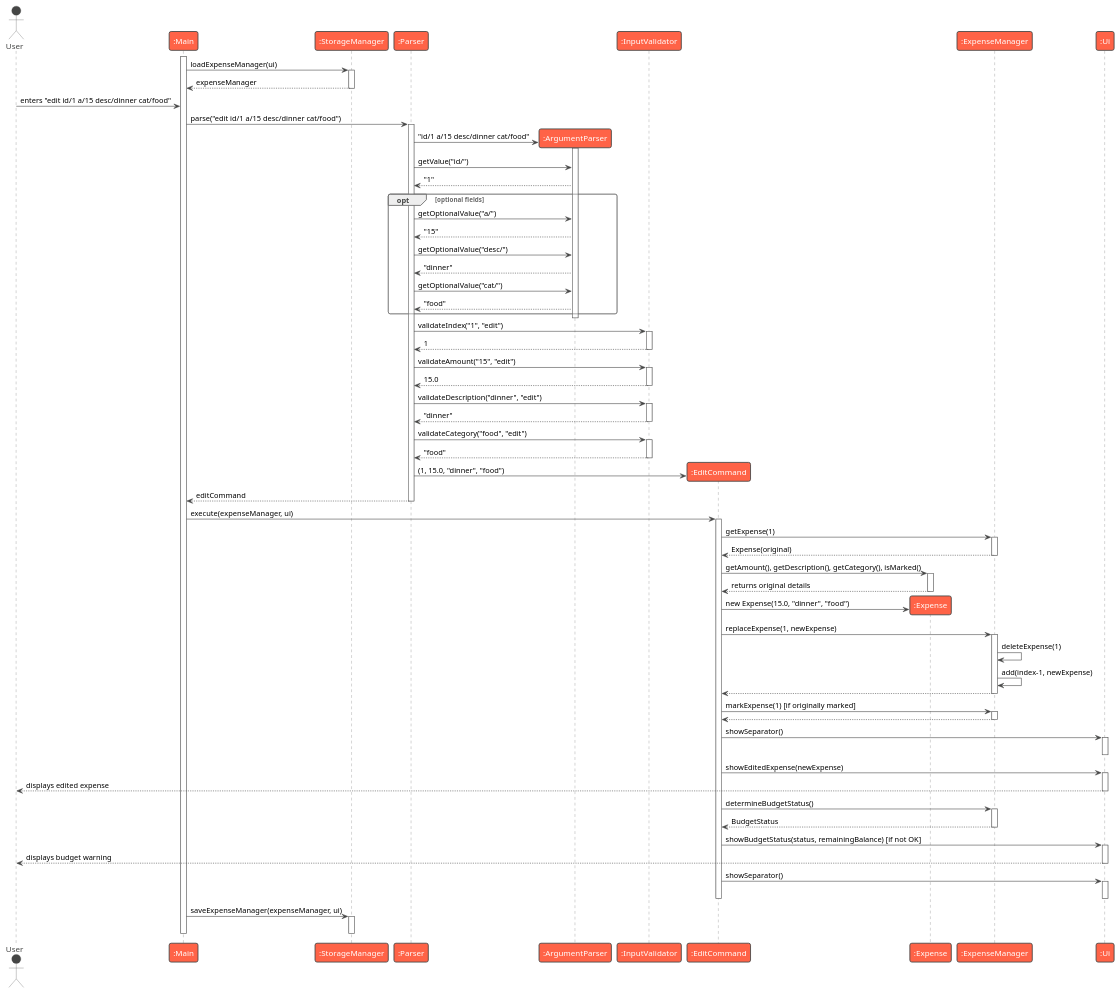
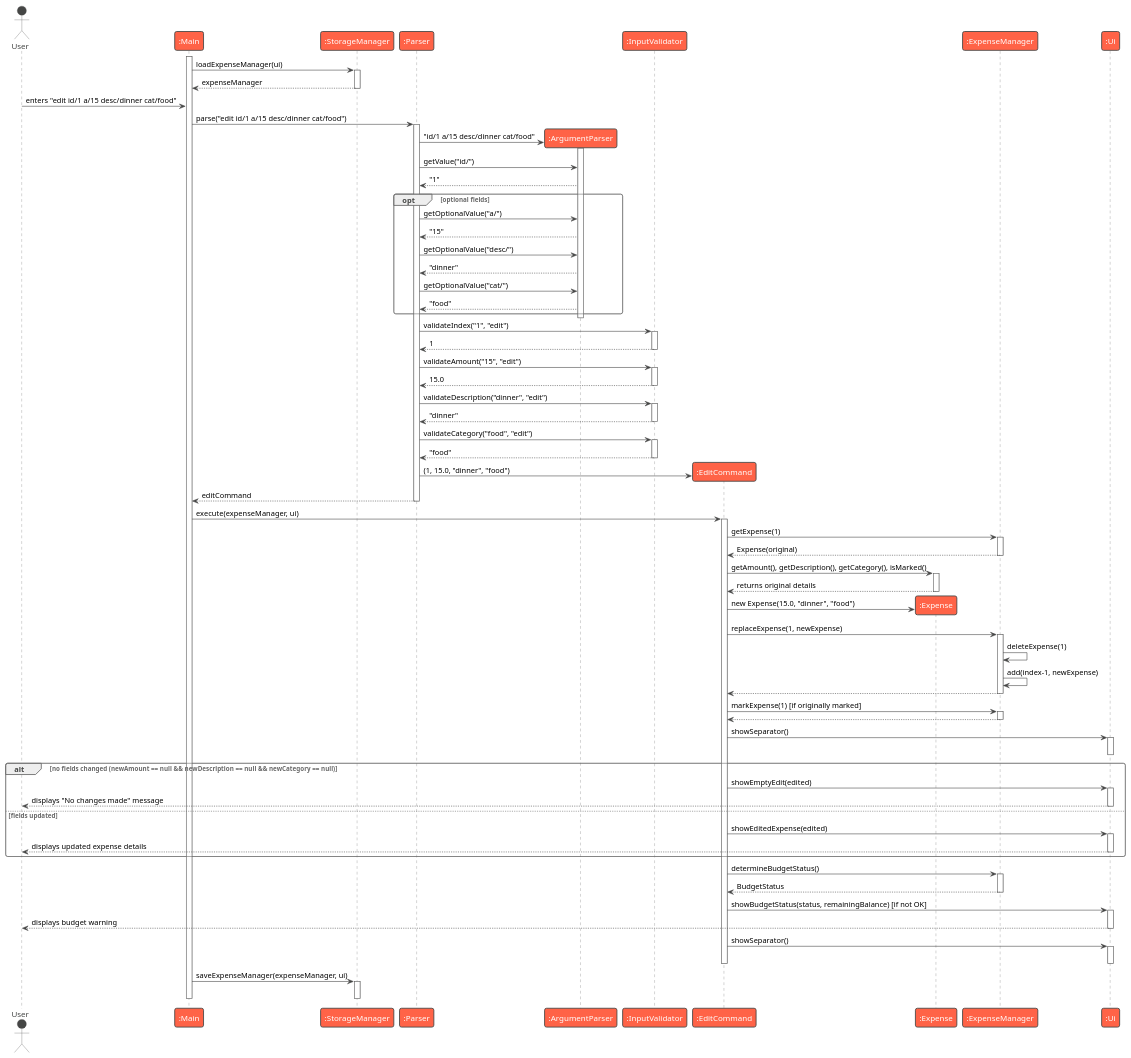
Before and after one commit to aydrienlaw/tp: the diagram in docs/diagrams/edit-sequence.puml, drawn with PlantUML.

Commit message:
docs: update sequence diagram for edit feature

```diff
--- a/docs/diagrams/edit-sequence.puml
+++ b/docs/diagrams/edit-sequence.puml
@@ -1,126 +1,133 @@
 @startuml
 !theme vibrant
 actor User
 participant ":Main" as Main
 participant ":StorageManager" as StorageManager
 participant ":Parser" as Parser
 participant ":ArgumentParser" as ArgumentParser
 participant ":InputValidator" as InputValidator
 participant ":EditCommand" as EditCommand
 participant ":Expense" as Expense
 participant ":ExpenseManager" as ExpenseManager
 participant ":Ui" as Ui
 
 activate Main
 Main -> StorageManager : loadExpenseManager(ui)
 activate StorageManager
 StorageManager --> Main : expenseManager
 deactivate StorageManager
 
 User -> Main : enters "edit id/1 a/15 desc/dinner cat/food"
 
 Main -> Parser : parse("edit id/1 a/15 desc/dinner cat/food")
 activate Parser
 
 create ArgumentParser
 Parser -> ArgumentParser : "id/1 a/15 desc/dinner cat/food"
 activate ArgumentParser
 Parser -> ArgumentParser : getValue("id/")
 ArgumentParser --> Parser : "1"
 
 opt optional fields
     Parser -> ArgumentParser : getOptionalValue("a/")
     ArgumentParser --> Parser : "15"
 
     Parser -> ArgumentParser : getOptionalValue("desc/")
     ArgumentParser --> Parser : "dinner"
 
     Parser -> ArgumentParser : getOptionalValue("cat/")
     ArgumentParser --> Parser : "food"
 end
 deactivate ArgumentParser
 
 Parser -> InputValidator : validateIndex("1", "edit")
 activate InputValidator
 InputValidator --> Parser : 1
 deactivate InputValidator
 
 Parser -> InputValidator : validateAmount("15", "edit")
 activate InputValidator
 InputValidator --> Parser : 15.0
 deactivate InputValidator
 
 Parser -> InputValidator : validateDescription("dinner", "edit")
 activate InputValidator
 InputValidator --> Parser : "dinner"
 deactivate InputValidator
 
 Parser -> InputValidator : validateCategory("food", "edit")
 activate InputValidator
 InputValidator --> Parser : "food"
 deactivate InputValidator
 
 create EditCommand
 Parser -> EditCommand : (1, 15.0, "dinner", "food")
 Parser --> Main : editCommand
 deactivate Parser
 
 Main -> EditCommand : execute(expenseManager, ui)
 activate EditCommand
 
 EditCommand -> ExpenseManager : getExpense(1)
 activate ExpenseManager
 ExpenseManager --> EditCommand : Expense(original)
 deactivate ExpenseManager
 
 EditCommand -> Expense : getAmount(), getDescription(), getCategory(), isMarked()
 activate Expense
 Expense --> EditCommand : returns original details
 deactivate Expense
 
 create Expense
 EditCommand -> Expense : new Expense(15.0, "dinner", "food")
 
 EditCommand -> ExpenseManager : replaceExpense(1, newExpense)
 activate ExpenseManager
 ExpenseManager -> ExpenseManager : deleteExpense(1)
 ExpenseManager -> ExpenseManager : add(index-1, newExpense)
 ExpenseManager --> EditCommand
 deactivate ExpenseManager
 
 EditCommand -> ExpenseManager : markExpense(1) [if originally marked]
 activate ExpenseManager
 ExpenseManager --> EditCommand
 deactivate ExpenseManager
 
 EditCommand -> Ui : showSeparator()
 activate Ui
 deactivate Ui
 
-EditCommand -> Ui : showEditedExpense(newExpense)
-activate Ui
-Ui --> User : displays edited expense
-deactivate Ui
+alt no fields changed (newAmount == null && newDescription == null && newCategory == null)
+    EditCommand -> Ui : showEmptyEdit(edited)
+    activate Ui
+    Ui --> User : displays "No changes made" message
+    deactivate Ui
+else fields updated
+    EditCommand -> Ui : showEditedExpense(edited)
+    activate Ui
+    Ui --> User : displays updated expense details
+    deactivate Ui
+end
 
 EditCommand -> ExpenseManager : determineBudgetStatus()
 activate ExpenseManager
 ExpenseManager --> EditCommand : BudgetStatus
 deactivate ExpenseManager
 
 EditCommand -> Ui : showBudgetStatus(status, remainingBalance) [if not OK]
 activate Ui
 Ui --> User : displays budget warning
 deactivate Ui
 
 EditCommand -> Ui : showSeparator()
 activate Ui
 deactivate Ui
 
 deactivate EditCommand
 
 Main -> StorageManager : saveExpenseManager(expenseManager, ui)
 activate StorageManager
 deactivate StorageManager
 
 deactivate Main
 @enduml
```
